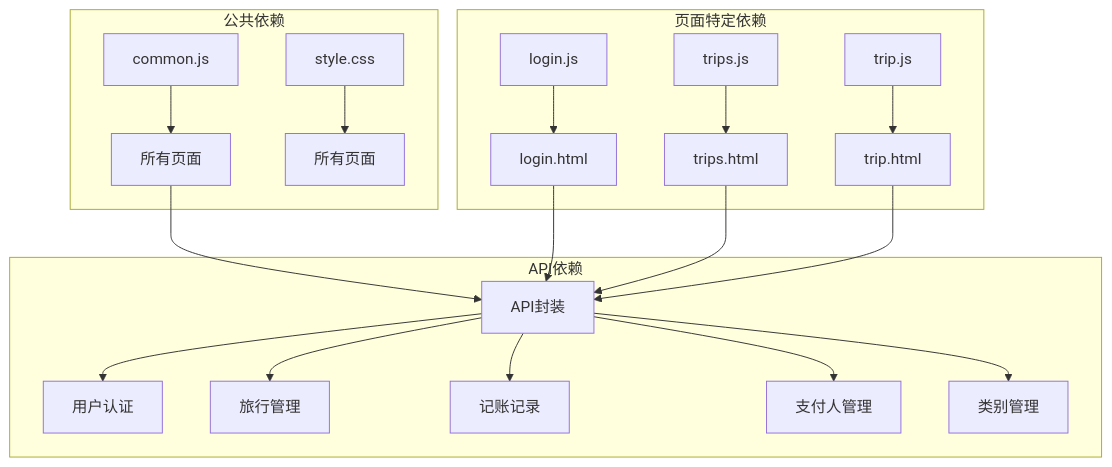
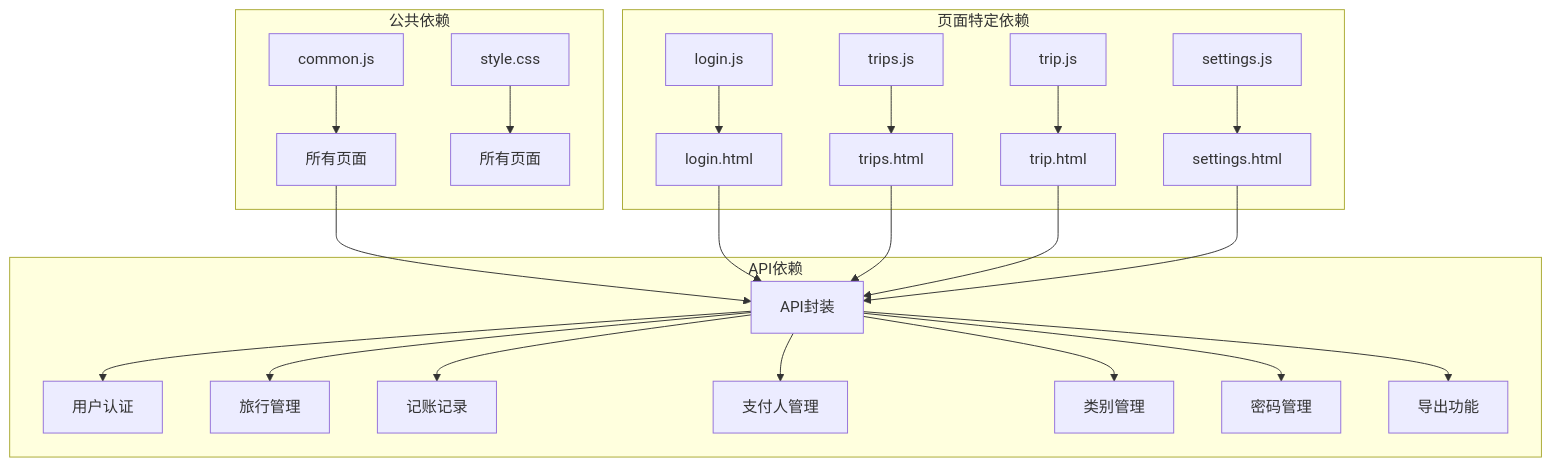
One commit to louyinmin/recorded changed diagram 14 of 17 in .qoder/repowiki/zh/content/前端页面详解/前端页面详解.md. Above: the diagram before and after it, drawn with Mermaid. The commit also changed other lines of this file and 6 other files, not shown here.

````diff
--- a/.qoder/repowiki/zh/content/前端页面详解/前端页面详解.md
+++ b/.qoder/repowiki/zh/content/前端页面详解/前端页面详解.md
@@ -450,23 +576,27 @@
 ```mermaid
 graph TB
 subgraph "公共依赖"
 A[common.js] --> B[所有页面]
 C[style.css] --> D[所有页面]
 end
 subgraph "页面特定依赖"
 E[login.js] --> F[login.html]
 G[trips.js] --> H[trips.html]
 I[trip.js] --> J[trip.html]
+K[settings.js] --> L[settings.html]
 end
 subgraph "API依赖"
-K[API封装] --> L[用户认证]
-K --> M[旅行管理]
-K --> N[记账记录]
-K --> O[支付人管理]
-K --> P[类别管理]
+M[API封装] --> N[用户认证]
+M --> O[旅行管理]
+M --> P[记账记录]
+M --> Q[支付人管理]
+M --> R[类别管理]
+M --> S[密码管理]
+M --> T[导出功能]
 end
-B --> K
-F --> K
-H --> K
-J --> K
+B --> M
+F --> M
+H --> M
+J --> M
+L --> M
 ```
````
